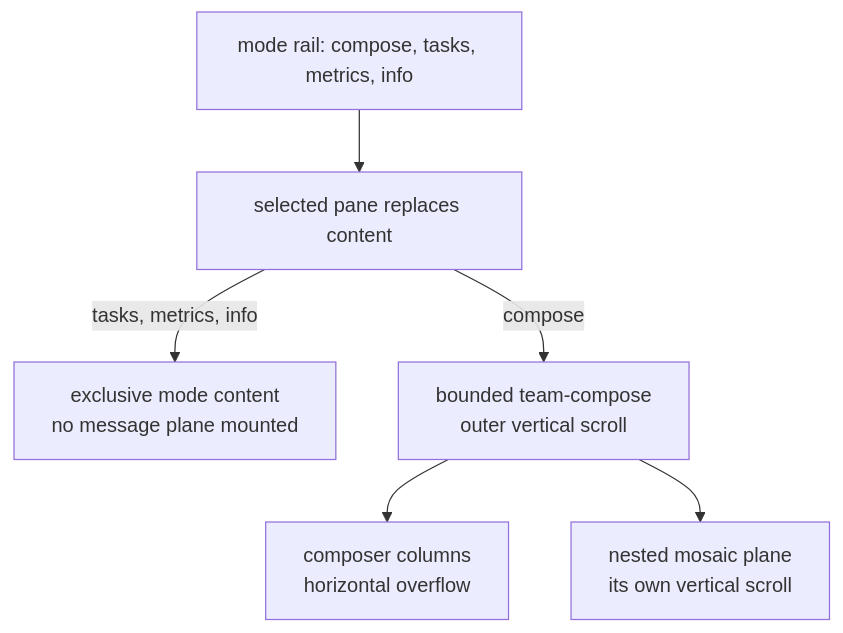
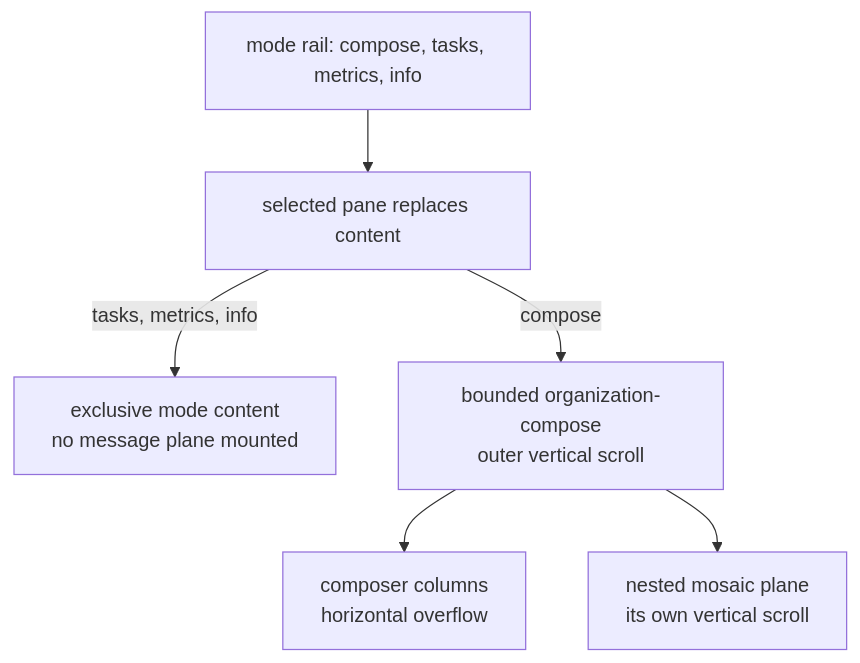
Diagram 20 of 25 in docs/product/value.md (infimalabs/spice-rust), drawn with Mermaid before and after one commit. The commit also changed other lines of this file and 99 other files, not shown here.

````diff
--- a/docs/product/value.md
+++ b/docs/product/value.md
@@ -515,8 +515,8 @@
 ```mermaid
 flowchart TD
   R["mode rail: compose, tasks, metrics, info"] --> P["selected pane replaces content"]
   P -- "tasks, metrics, info" --> X["exclusive mode content<br/>no message plane mounted"]
-  P -- "compose" --> C["bounded team-compose<br/>outer vertical scroll"]
+  P -- "compose" --> C["bounded organization-compose<br/>outer vertical scroll"]
   C --> H["composer columns<br/>horizontal overflow"]
   C --> S["nested mosaic plane<br/>its own vertical scroll"]
 ```
````
